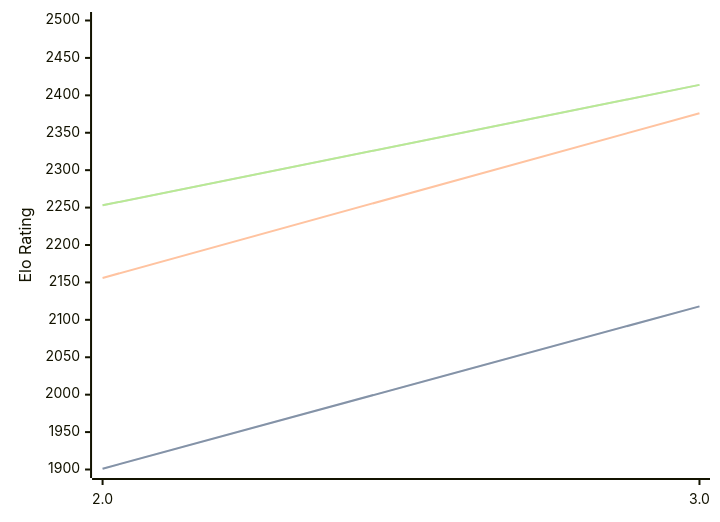
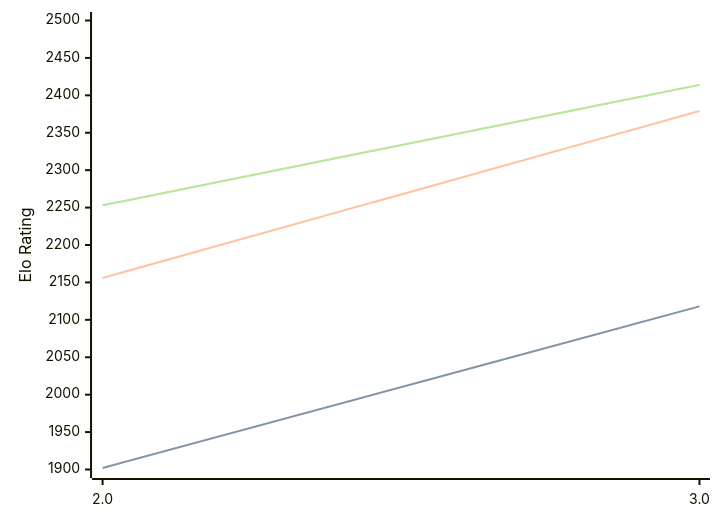
The diagram in engines/Zeno.md (computer-chess-index/cci), drawn with Mermaid before and after one commit. The commit also changed other lines of this file, not shown here.

````diff
--- a/engines/Zeno.md
+++ b/engines/Zeno.md
@@ -32,11 +32,11 @@
 ```mermaid
 %%{init: {"theme":"base","themeVariables":{"seriesColors:['#a3a3a3','#222221','#faa371']}}}%%
 xychart-beta
   x-axis ["2.0", "3.0"]
   y-axis "Elo Rating" 1900 --> 2500
-  line "" [1901, 2118]
-  line "STC (8.0+0.08s)" [1901, 2118]
-  line "LTC (60.0+0.60s)" [2156, 2376]
+  line "" [1902, 2118]
+  line "STC (8.0+0.08s)" [1902, 2118]
+  line "LTC (60.0+0.60s)" [2156, 2379]
   line "" [2253, 2414]
   line "VLTC (2m24s+1.12s)" [2253, 2414]
 ```
````
